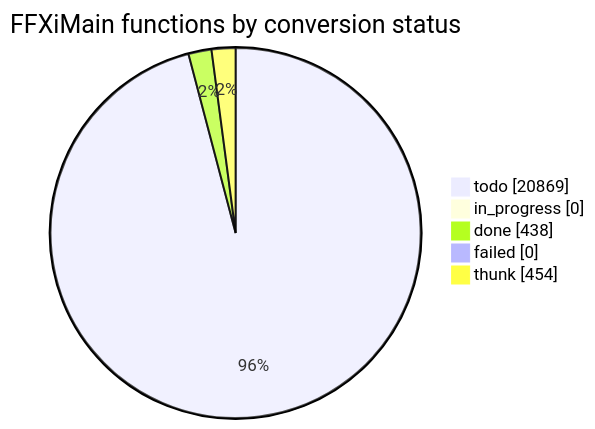
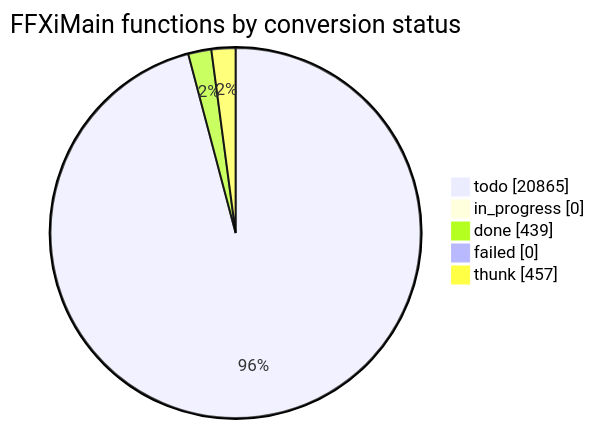
One commit to cowrevenge/cow_kuluu_xi_anything changed the diagram in docs/cow/STATUS.md. Above: the diagram before and after it, drawn with Mermaid. The commit also changed other lines of this file and 9 other files, not shown here.

````diff
--- a/docs/cow/STATUS.md
+++ b/docs/cow/STATUS.md
@@ -18,9 +18,9 @@
 ```mermaid
 pie showData
     title FFXiMain functions by conversion status
-    "todo" : 20869
+    "todo" : 20865
     "in_progress" : 0
-    "done" : 438
+    "done" : 439
     "failed" : 0
-    "thunk" : 454
+    "thunk" : 457
 ```
````
